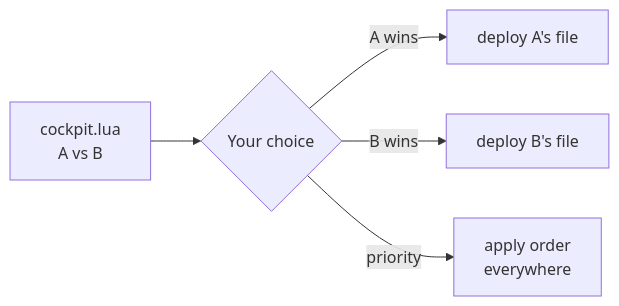
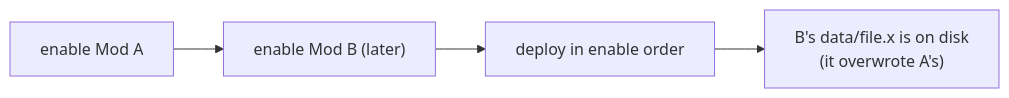
Before and after one commit to FreeProject089/BMM-Docs: the second of 2 diagrams in docs/how-it-works/conflicts.md, drawn with Mermaid. The commit also changed other lines of this file and 5 other files, not shown here.

````diff
--- a/docs/how-it-works/conflicts.md
+++ b/docs/how-it-works/conflicts.md
@@ -32,7 +33,6 @@
 ```mermaid
 flowchart LR
-    CONF["cockpit.lua<br/>A vs B"] --> CHOICE{Your choice}
-    CHOICE -- "A wins" --> DEP["deploy A's file"]
-    CHOICE -- "B wins" --> DEP2["deploy B's file"]
-    CHOICE -- "priority" --> RULE["apply order<br/>everywhere"]
+    E1["enable Mod A"] --> E2["enable Mod B (later)"]
+    E2 --> DEPLOY["deploy in enable order"]
+    DEPLOY --> WIN["B's data/file.x is on disk<br/>(it overwrote A's)"]
 ```
````
